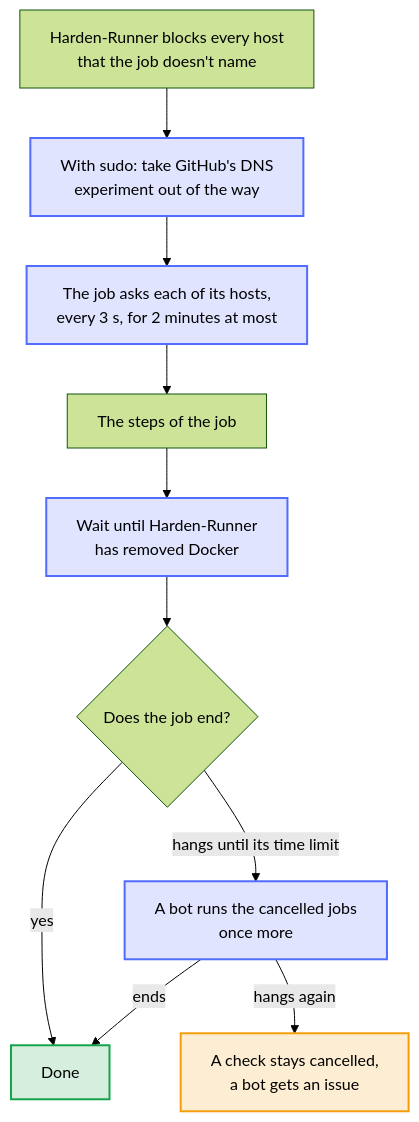
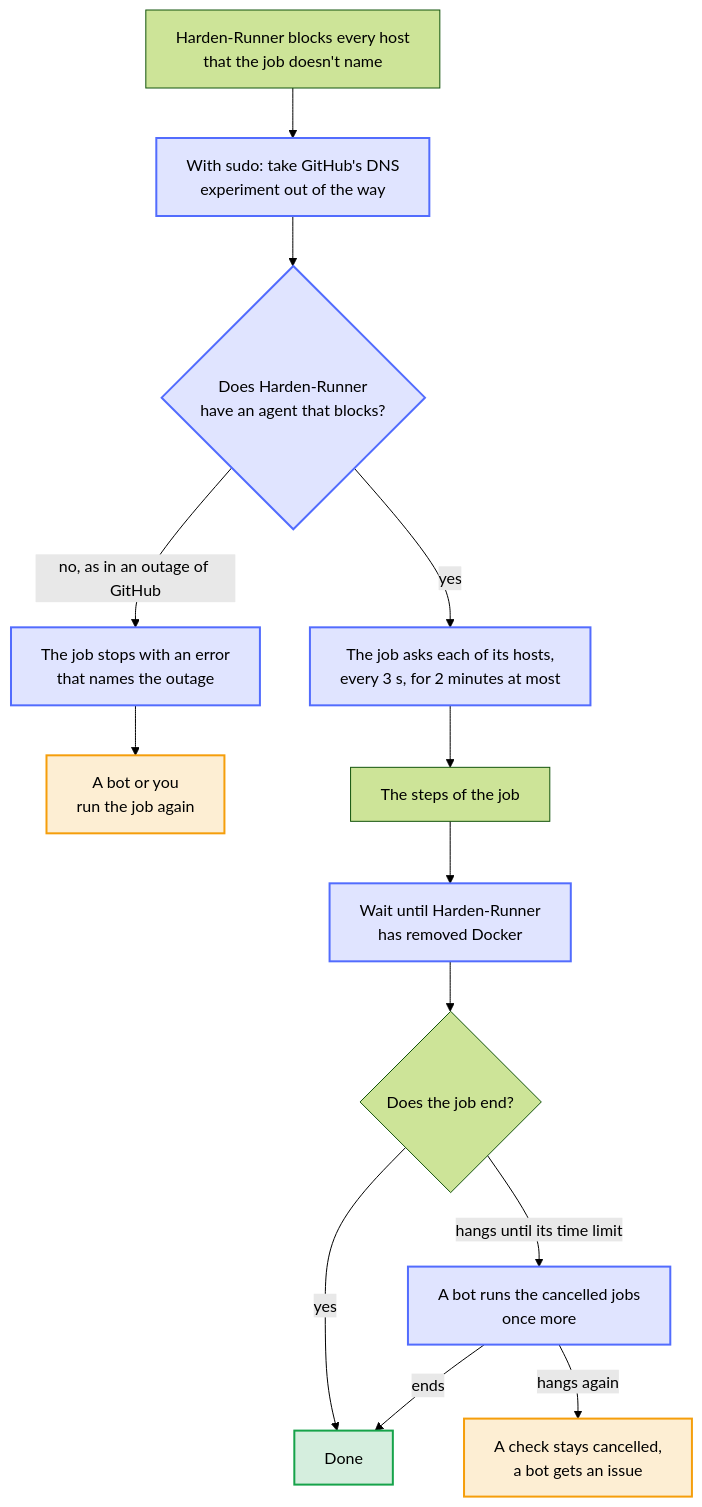
Before and after one commit to Dennis-Otto/repo-blueprint: the diagram in docs/diagrams/a-job-behind-harden-runner.mmd, drawn with Mermaid (forest theme). The commit also changed 59 other files, not shown here.

First line of the commit message:
fix(ci): a job whose Harden-Runner can't start its block no longer runs without it (#755)

```diff
--- a/docs/diagrams/a-job-behind-harden-runner.mmd
+++ b/docs/diagrams/a-job-behind-harden-runner.mmd
@@ -1,35 +1,41 @@
 ---
 config:
   flowchart:
     wrappingWidth: 400
 ---
 flowchart TB
     accTitle: A job behind Harden-Runner
-    accDescr: Harden-Runner blocks every host that the job doesn't name. A job that keeps sudo first takes GitHub's DNS experiment out of the way, so that Harden-Runner sees its lookups. The job then asks each of its hosts every 3 seconds, for two minutes at most, until Harden-Runner lets it through, and runs its steps. Without sudo and Docker, it waits until Harden-Runner has removed Docker. A job that ends is done. One that hangs until its time limit ends as cancelled, and a bot runs its cancelled jobs once more; when that hangs too, a required check stays cancelled for you, and a bot gets an issue.
+    accDescr: Harden-Runner blocks every host that the job doesn't name. A job that keeps sudo first takes GitHub's DNS experiment out of the way, so that Harden-Runner sees its lookups. When Harden-Runner has no agent that blocks, as when an outage of GitHub kept it from downloading the agent, the job stops with an error that names it, and a bot or you run it again. Otherwise the job asks each of its hosts every 3 seconds, for two minutes at most, until Harden-Runner lets it through, and runs its steps. Without sudo and Docker, it waits until Harden-Runner has removed Docker. A job that ends is done. One that hangs until its time limit ends as cancelled, and a bot runs its cancelled jobs once more; when that hangs too, a required check stays cancelled for you, and a bot gets an issue.
 
     block["Harden-Runner blocks every host<br>that the job doesn't name"]
     dns["With sudo: take GitHub's DNS<br>experiment out of the way"]
+    agent{"Does Harden-Runner<br>have an agent that blocks?"}
+    stop["The job stops with an error<br>that names the outage"]
+    rerun["A bot or you<br>run the job again"]
     warm["The job asks each of its hosts,<br>every 3 s, for 2 minutes at most"]
     steps["The steps of the job"]
     docker["Wait until Harden-Runner<br>has removed Docker"]
     ends{"Does the job end?"}
     done["Done"]
     again["A bot runs the cancelled jobs<br>once more"]
     you["A check stays cancelled,<br>a bot gets an issue"]
 
     block --> dns
-    dns --> warm
+    dns --> agent
+    agent -- "yes" --> warm
+    agent -- "no, as in an outage of GitHub" --> stop
+    stop --> rerun
     warm --> steps
     steps --> docker
     docker --> ends
     ends -- "yes" --> done
     ends -- "hangs until its time limit" --> again
     again -- "ends" --> done
     again -- "hangs again" --> you
 
     classDef bot fill:#526cfe2e,stroke:#526cfe,stroke-width:2px
     classDef person fill:#f59e0b2e,stroke:#f59e0b,stroke-width:2px
     classDef done fill:#16a34a2e,stroke:#16a34a,stroke-width:2px
-    class dns,warm,docker,again bot
-    class you person
+    class dns,agent,stop,warm,docker,again bot
+    class you,rerun person
     class done done
```
